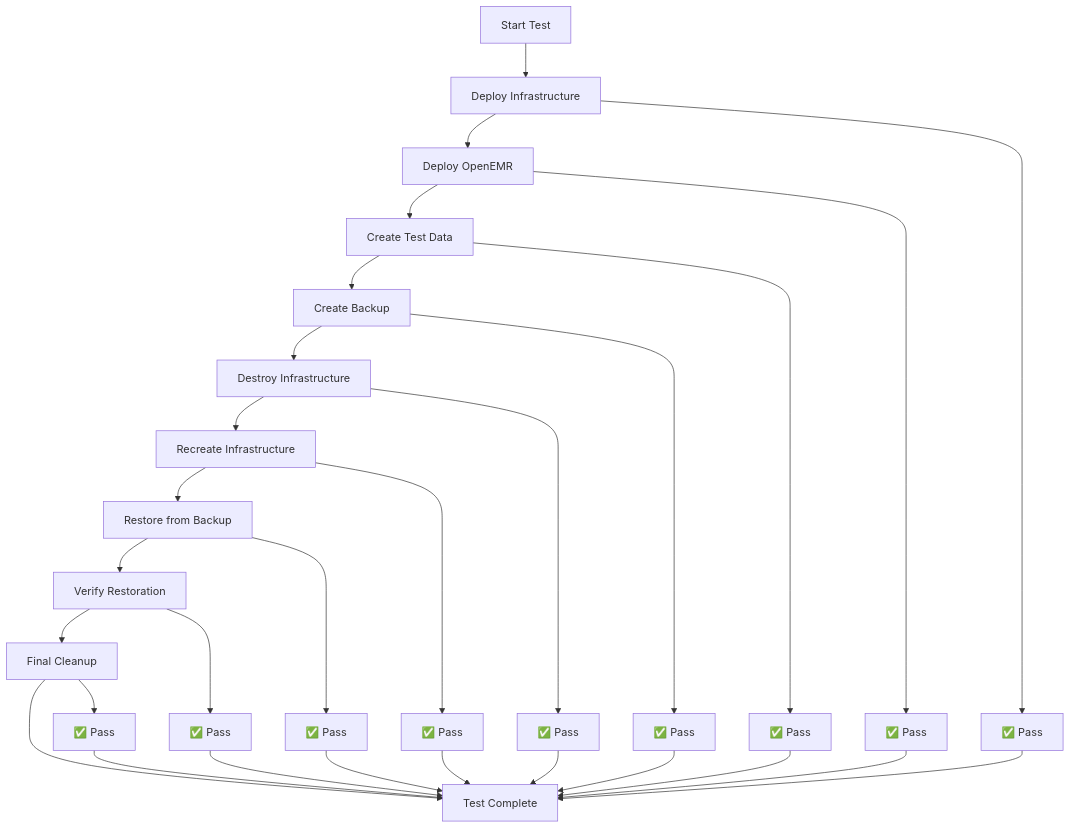
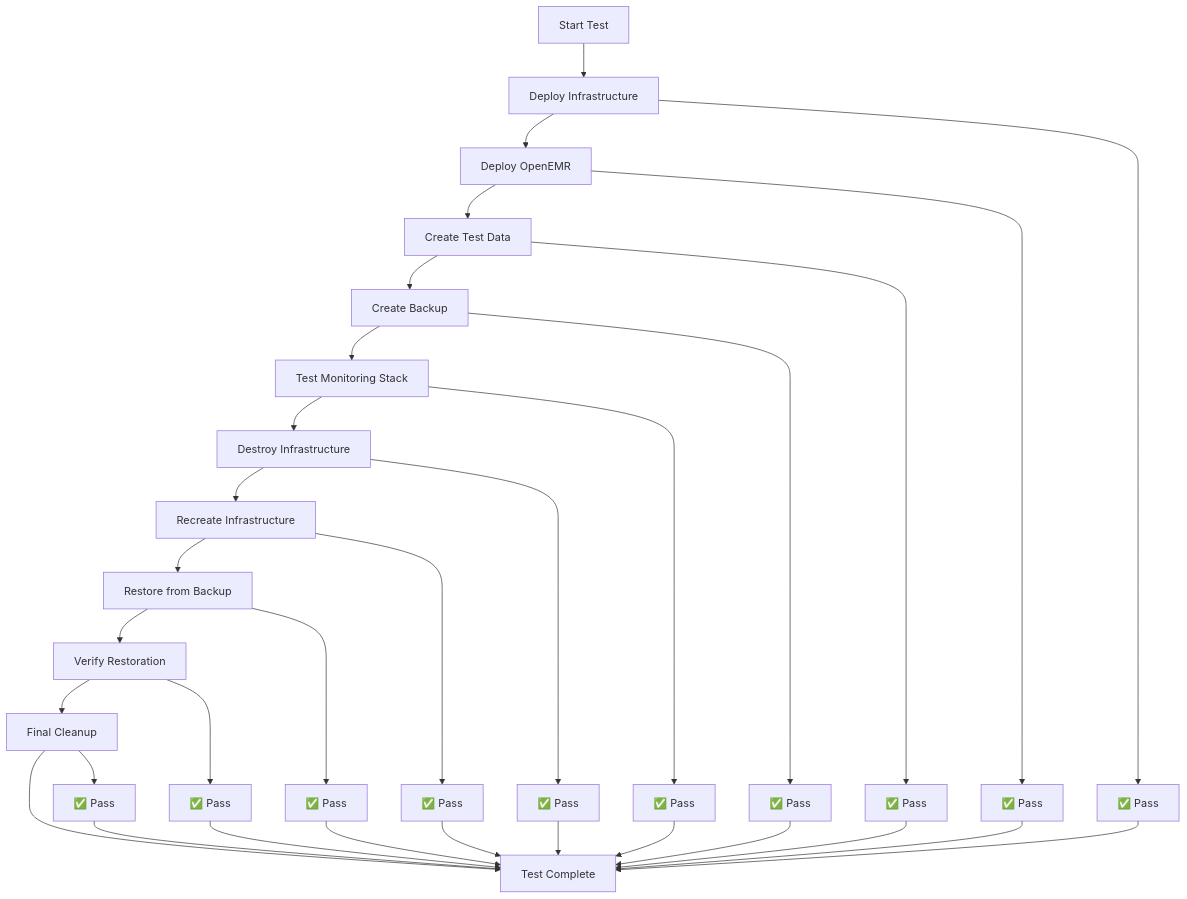
Before and after one commit to Jmevorach/openemr-on-eks: the diagram in docs/END_TO_END_TESTING_REQUIREMENTS.md, drawn with Mermaid. The commit also changed other lines of this file and 3 other files, not shown here.

Commit message:
feat: minor release v2.2.0 - Adds monitoring stack to end to end test (#9)

````diff
--- a/docs/END_TO_END_TESTING_REQUIREMENTS.md
+++ b/docs/END_TO_END_TESTING_REQUIREMENTS.md
@@ -82,33 +83,36 @@
 ```mermaid
 graph TD
     A[Start Test] --> B[Deploy Infrastructure]
     B --> C[Deploy OpenEMR]
     C --> D[Create Test Data]
     D --> E[Create Backup]
-    E --> F[Destroy Infrastructure]
-    F --> G[Recreate Infrastructure]
-    G --> H[Restore from Backup]
-    H --> I[Verify Restoration]
-    I --> J[Final Cleanup]
-    J --> K[Test Complete]
+    E --> F[Test Monitoring Stack]
+    F --> G[Destroy Infrastructure]
+    G --> H[Recreate Infrastructure]
+    H --> I[Restore from Backup]
+    I --> J[Verify Restoration]
+    J --> K[Final Cleanup]
+    K --> L[Test Complete]
 
     B --> B1[✅ Pass]
     C --> C1[✅ Pass]
     D --> D1[✅ Pass]
     E --> E1[✅ Pass]
     F --> F1[✅ Pass]
     G --> G1[✅ Pass]
     H --> H1[✅ Pass]
     I --> I1[✅ Pass]
     J --> J1[✅ Pass]
+    K --> K1[✅ Pass]
 
-    B1 --> K
-    C1 --> K
-    D1 --> K
-    E1 --> K
-    F1 --> K
-    G1 --> K
-    H1 --> K
-    I1 --> K
-    J1 --> K
+    B1 --> L
+    C1 --> L
+    D1 --> L
+    E1 --> L
+    F1 --> L
+    G1 --> L
+    H1 --> L
+    I1 --> L
+    J1 --> L
+    K1 --> L
 ```
````
